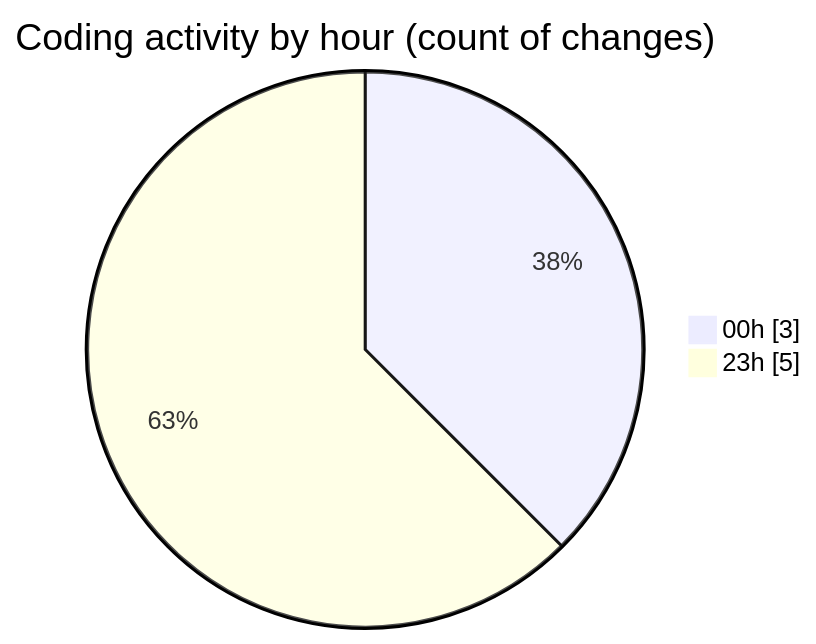
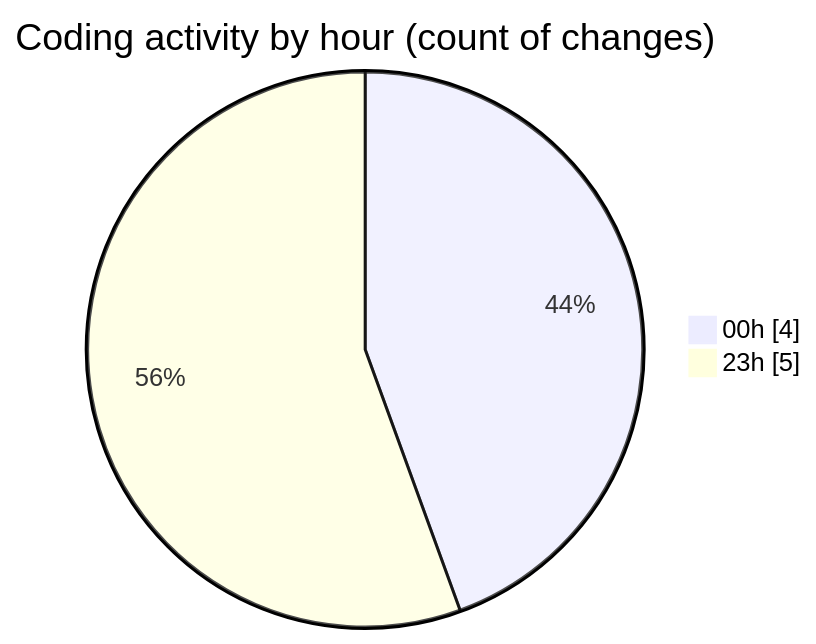
One commit to Elitesun/code-tracking changed the second of 2 diagrams in 2025-02-21/projet/README.md. Above: the diagram before and after it, drawn with Mermaid. The commit also changed other lines of this file and 1 other file, not shown here.

````diff
--- a/2025-02-21/projet/README.md
+++ b/2025-02-21/projet/README.md
@@ -29,6 +30,6 @@
 ```mermaid
 pie showData
 title Coding activity by hour (count of changes)
-"00h" : 3
+"00h" : 4
 "23h" : 5
 ```
````
